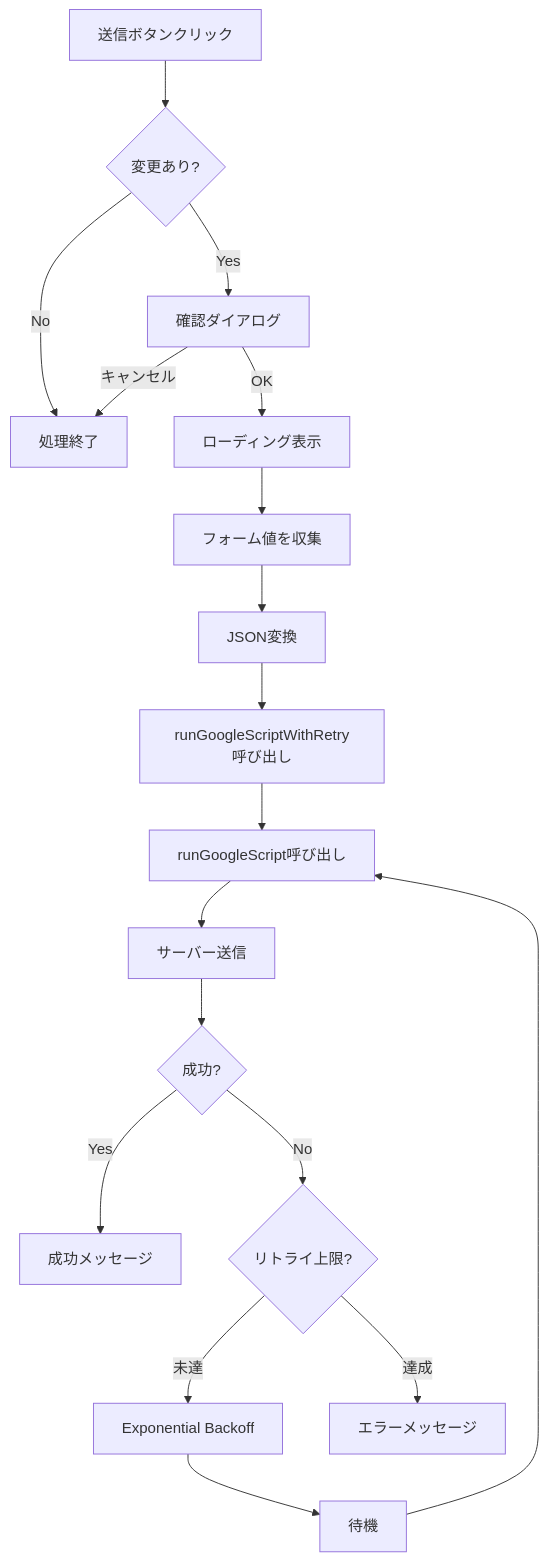
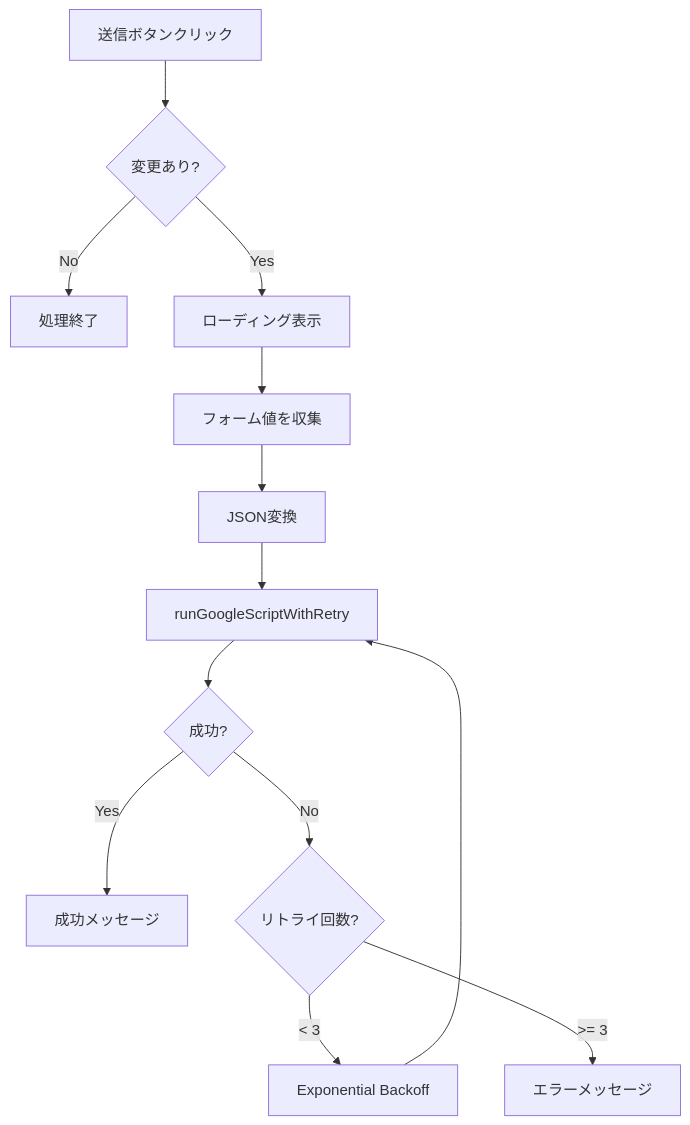
One commit to suzukishigeru4b/juken-survey-public changed the eighth of 9 diagrams in PROGRAM_SPECIFICATION.md. Above: the diagram before and after it, drawn with Mermaid. The commit also changed other lines of this file and 6 other files, not shown here.

````diff
--- a/PROGRAM_SPECIFICATION.md
+++ b/PROGRAM_SPECIFICATION.md
@@ -469,20 +478,15 @@
 ```mermaid
 flowchart TD
     A[送信ボタンクリック] --> B{変更あり?}
     B -->|No| C[処理終了]
-    B -->|Yes| D[確認ダイアログ]
-    D -->|キャンセル| C
-    D -->|OK| E[ローディング表示]
-    E --> F[フォーム値を収集]
-    F --> G[JSON変換]
-    G --> H[runGoogleScriptWithRetry呼び出し]
-    H --> I[runGoogleScript呼び出し]
-    I --> J[サーバー送信]
-    J --> K{成功?}
-    K -->|Yes| L[成功メッセージ]
-    K -->|No| M{リトライ上限?}
-    M -->|未達| N[Exponential Backoff]
-    N --> O[待機]
-    O --> I
-    M -->|達成| P[エラーメッセージ]
+    B -->|Yes| D[ローディング表示]
+    D --> E[フォーム値を収集]
+    E --> F[JSON変換]
+    F --> G[runGoogleScriptWithRetry]
+    G --> H{成功?}
+    H -->|Yes| I[成功メッセージ]
+    H -->|No| J{リトライ回数?}
+    J -->|< 3| K[Exponential Backoff]
+    K --> G
+    J -->|>= 3| L[エラーメッセージ]
 ```
````
